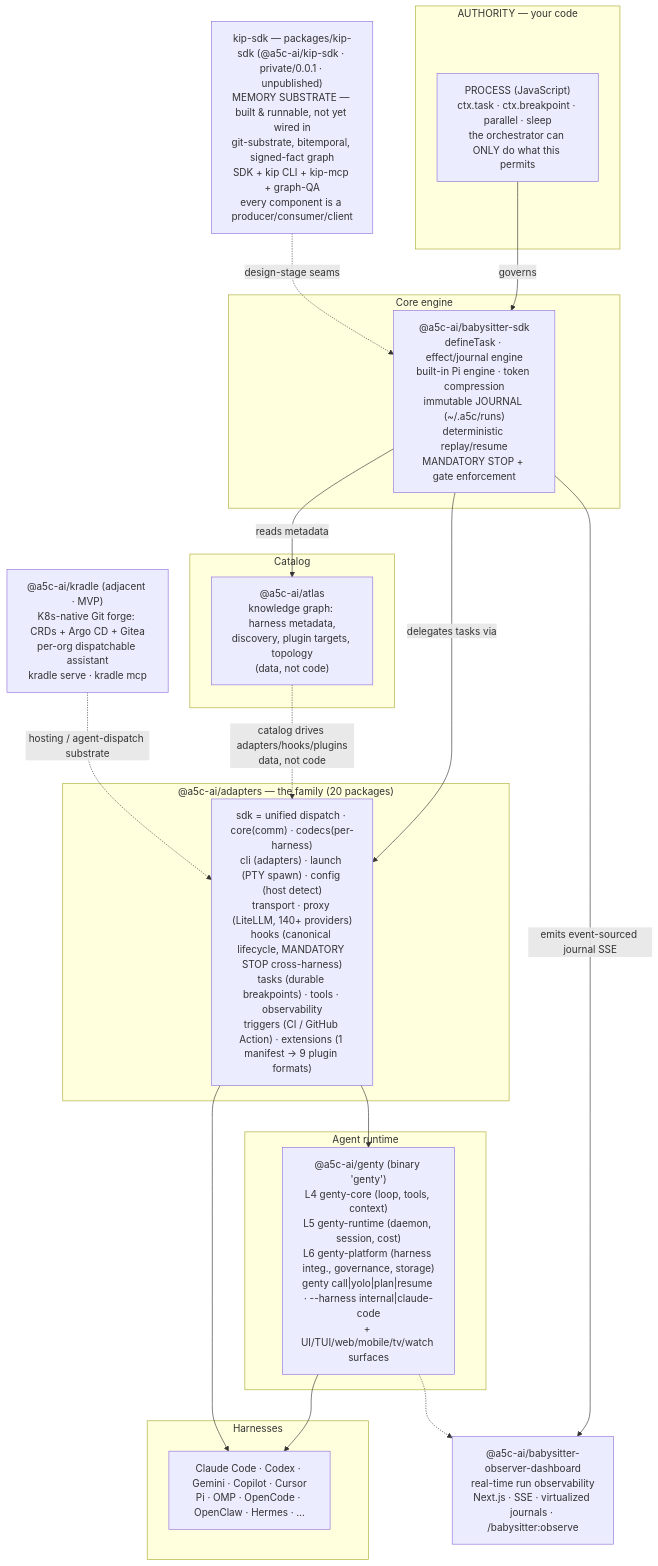
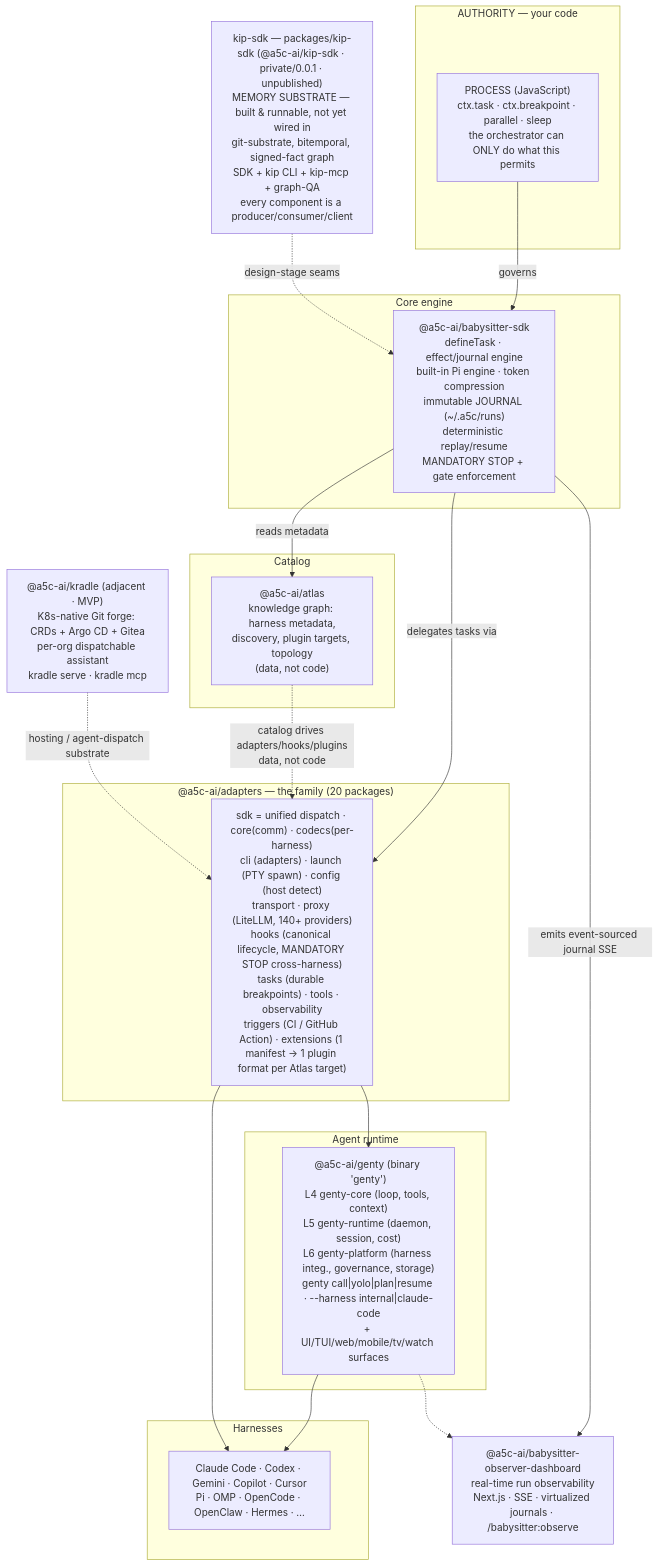
The diagram in docs/user-guide/architecture.md (a5c-ai/babysitter), drawn with Mermaid before and after one commit. The commit also changed 14 other files, not shown here.

````diff
--- a/docs/user-guide/architecture.md
+++ b/docs/user-guide/architecture.md
@@ -43,44 +43,44 @@
 ```mermaid
 flowchart TB
     subgraph Authority["AUTHORITY — your code"]
         PROC["PROCESS (JavaScript)<br/>ctx.task · ctx.breakpoint · parallel · sleep<br/>the orchestrator can ONLY do what this permits"]
     end
 
     subgraph Core["Core engine"]
         SDK["@a5c-ai/babysitter-sdk<br/>defineTask · effect/journal engine<br/>built-in Pi engine · token compression<br/>immutable JOURNAL (~/.a5c/runs)<br/>deterministic replay/resume<br/>MANDATORY STOP + gate enforcement"]
     end
 
     subgraph Catalog["Catalog"]
         ATLAS["@a5c-ai/atlas<br/>knowledge graph: harness metadata,<br/>discovery, plugin targets, topology<br/>(data, not code)"]
     end
 
     subgraph Adapters["@a5c-ai/adapters — the family (20 packages)"]
-        ADP["sdk = unified dispatch · core(comm) · codecs(per-harness)<br/>cli (adapters) · launch (PTY spawn) · config (host detect)<br/>transport · proxy (LiteLLM, 140+ providers)<br/>hooks (canonical lifecycle, MANDATORY STOP cross-harness)<br/>tasks (durable breakpoints) · tools · observability<br/>triggers (CI / GitHub Action) · extensions (1 manifest → 9 plugin formats)"]
+        ADP["sdk = unified dispatch · core(comm) · codecs(per-harness)<br/>cli (adapters) · launch (PTY spawn) · config (host detect)<br/>transport · proxy (LiteLLM, 140+ providers)<br/>hooks (canonical lifecycle, MANDATORY STOP cross-harness)<br/>tasks (durable breakpoints) · tools · observability<br/>triggers (CI / GitHub Action) · extensions (1 manifest → 1 plugin format per Atlas target)"]
     end
 
     subgraph Runtime["Agent runtime"]
         GENTY["@a5c-ai/genty (binary 'genty')<br/>L4 genty-core (loop, tools, context)<br/>L5 genty-runtime (daemon, session, cost)<br/>L6 genty-platform (harness integ., governance, storage)<br/>genty call|yolo|plan|resume · --harness internal|claude-code<br/>+ UI/TUI/web/mobile/tv/watch surfaces"]
     end
 
     subgraph Harnesses["Harnesses"]
         HARN["Claude Code · Codex · Gemini · Copilot · Cursor<br/>Pi · OMP · OpenCode · OpenClaw · Hermes · …"]
     end
 
     OBS["@a5c-ai/babysitter-observer-dashboard<br/>real-time run observability<br/>Next.js · SSE · virtualized journals · /babysitter:observe"]
 
     KRADLE["@a5c-ai/kradle (adjacent · MVP)<br/>K8s-native Git forge: CRDs + Argo CD + Gitea<br/>per-org dispatchable assistant<br/>kradle serve · kradle mcp"]
 
     KIP["kip-sdk — packages/kip-sdk (@a5c-ai/kip-sdk · private/0.0.1 · unpublished)<br/>MEMORY SUBSTRATE — built & runnable, not yet wired in<br/>git-substrate, bitemporal, signed-fact graph<br/>SDK + kip CLI + kip-mcp + graph-QA<br/>every component is a producer/consumer/client"]
 
     PROC -->|governs| SDK
     SDK -->|reads metadata| ATLAS
     SDK -->|delegates tasks via| ADP
     ATLAS -.->|catalog drives adapters/hooks/plugins<br/>data, not code| ADP
     ADP --> GENTY
     GENTY --> HARN
     ADP --> HARN
     SDK -->|emits event-sourced journal SSE| OBS
     GENTY -.-> OBS
     KRADLE -.->|hosting / agent-dispatch substrate| ADP
     KIP -.->|design-stage seams| SDK
 ```
````
